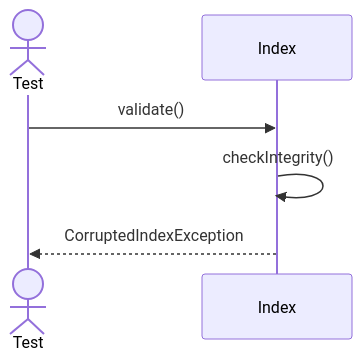
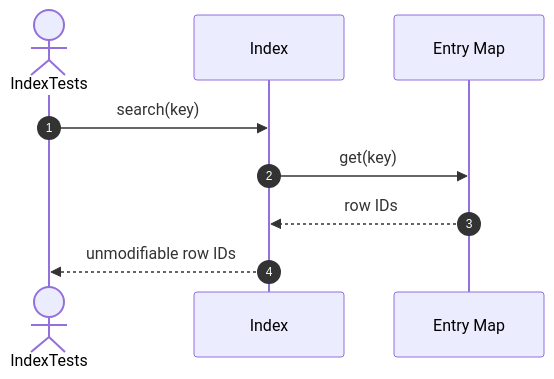
Before and after one commit to FhuAnn/-bbv-AN-s-DBMS: the eighth of 15 diagrams in src/tests/unit/metadata/sequences/indexs-testing.se.md, drawn with Mermaid. The commit also changed other lines of this file and 60 other files, not shown here.

Commit message:
refactor data table, row, column, constraint, index test file

````diff
--- a/src/tests/unit/metadata/sequences/indexs-testing.se.md
+++ b/src/tests/unit/metadata/sequences/indexs-testing.se.md
@@ -217,11 +132,12 @@
 ```mermaid
 sequenceDiagram
-actor Test
-participant Index
+    autonumber
+    actor Test as IndexTests
+    participant Index as Index
+    participant Entries as Entry Map
 
-Test->>Index: validate()
-
-Index->>Index: checkIntegrity()
-
-Index-->>Test: CorruptedIndexException
+    Test->>Index: search(key)
+    Index->>Entries: get(key)
+    Entries-->>Index: row IDs
+    Index-->>Test: unmodifiable row IDs
 ```
````
